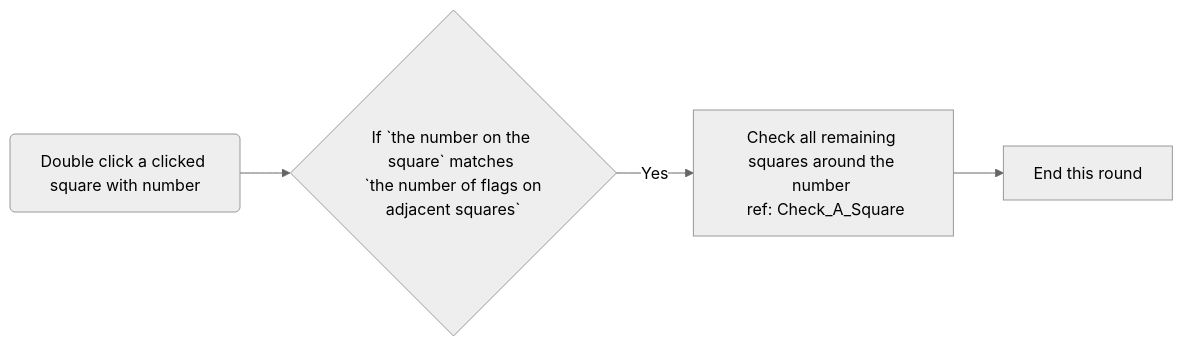
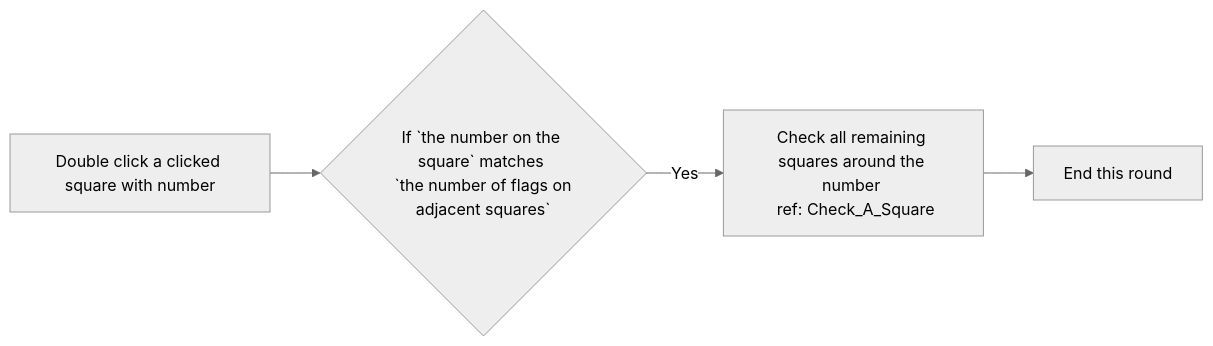
The fourth of 4 diagrams in docs/flow.md (yvonne11yuting/next-minesweeper), drawn with Mermaid (neutral theme) before and after one commit. The commit also changed other lines of this file, not shown here.

Commit message:
docs(flow): fix incorrect brackets

````diff
--- a/docs/flow.md
+++ b/docs/flow.md
@@ -45,6 +45,6 @@
 ```mermaid
 flowchart LR
-    event(Double click a clicked square with number) --> checkFlags{If `the number on the square` matches \n `the number of flags on adjacent squares`}
+    event[Double click a clicked square with number] --> checkFlags{If `the number on the square` matches \n `the number of flags on adjacent squares`}
     checkFlags --> |Yes| checkSquare[Check all remaining squares around the number \n ref: Check_A_Square]
     checkSquare --> endRound[End this round]
 ```
````
